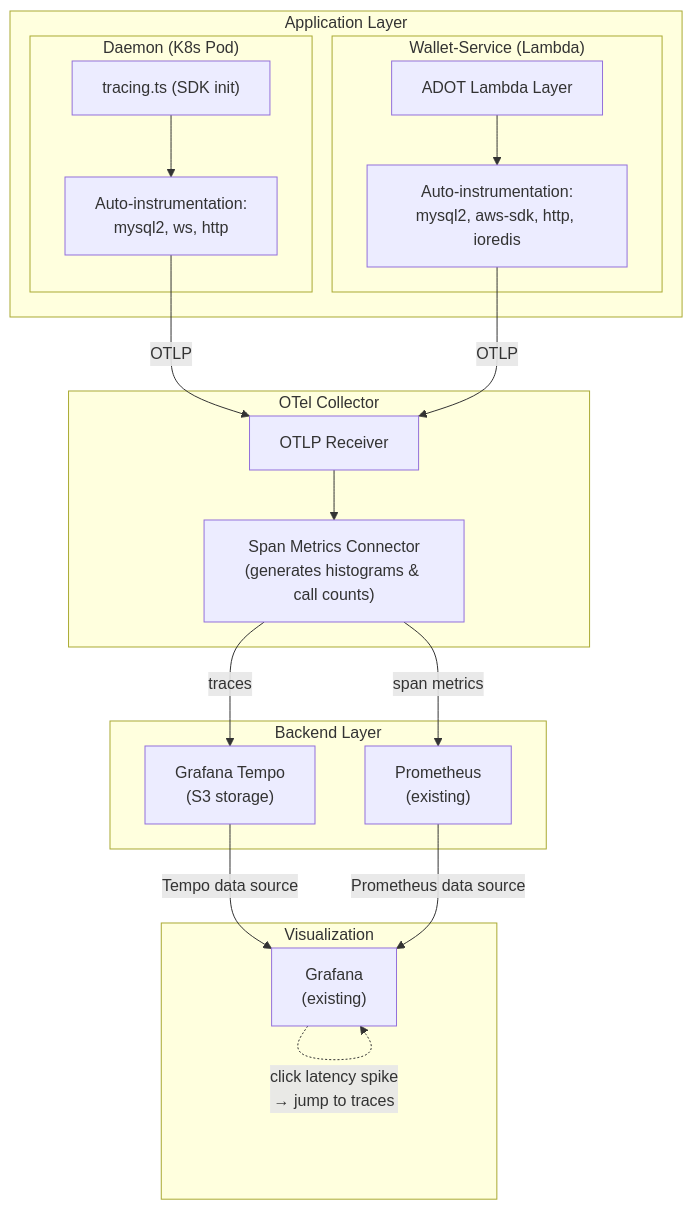
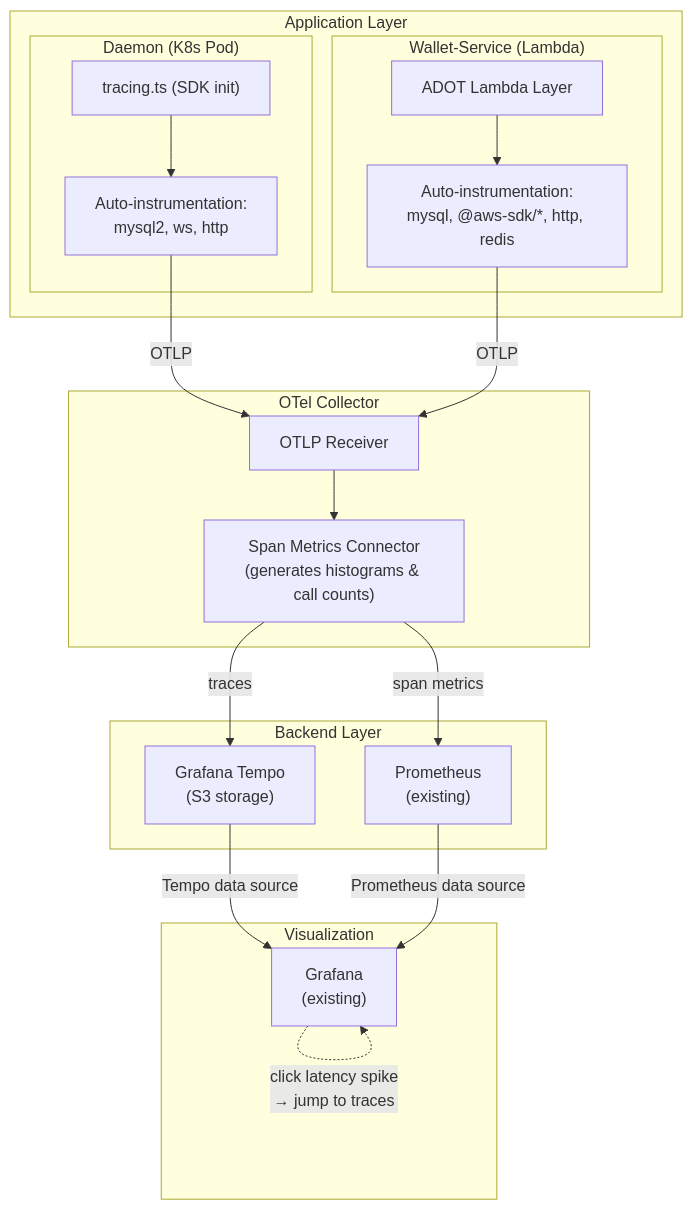
Before and after one commit to HathorNetwork/rfcs: the diagram in projects/wallet-service/0001-opentelemetry-observability.md, drawn with Mermaid. The commit also changed other lines of this file, not shown here.

Commit message:
docs: fix incorrect assumptions - ioredis→redis, aws-sdk v2→v3, clarify DB drivers

````diff
--- a/projects/wallet-service/0001-opentelemetry-observability.md
+++ b/projects/wallet-service/0001-opentelemetry-observability.md
@@ -87,42 +87,42 @@
 ```mermaid
 graph TD
     subgraph sources ["Application Layer"]
         subgraph daemon ["Daemon (K8s Pod)"]
             D_SDK["tracing.ts (SDK init)"]
             D_AUTO["Auto-instrumentation:<br/>mysql2, ws, http"]
             D_SDK --> D_AUTO
         end
 
         subgraph lambdas ["Wallet-Service (Lambda)"]
             L_ADOT["ADOT Lambda Layer"]
-            L_AUTO["Auto-instrumentation:<br/>mysql2, aws-sdk, http, ioredis"]
+            L_AUTO["Auto-instrumentation:<br/>mysql, @aws-sdk/*, http, redis"]
             L_ADOT --> L_AUTO
         end
     end
 
     subgraph collector ["OTel Collector"]
         OTLP_IN["OTLP Receiver"]
         SMC["Span Metrics Connector<br/>(generates histograms & call counts)"]
         OTLP_IN --> SMC
     end
 
     subgraph backends ["Backend Layer"]
         TEMPO["Grafana Tempo<br/>(S3 storage)"]
         PROM["Prometheus<br/>(existing)"]
     end
 
     subgraph viz ["Visualization"]
         GRAFANA["Grafana<br/>(existing)"]
     end
 
     D_AUTO -->|OTLP| OTLP_IN
     L_AUTO -->|OTLP| OTLP_IN
 
     SMC -->|traces| TEMPO
     SMC -->|span metrics| PROM
 
     TEMPO -->|Tempo data source| GRAFANA
     PROM -->|Prometheus data source| GRAFANA
 
     GRAFANA -.->|"click latency spike<br/>→ jump to traces"| GRAFANA
 ```
````
